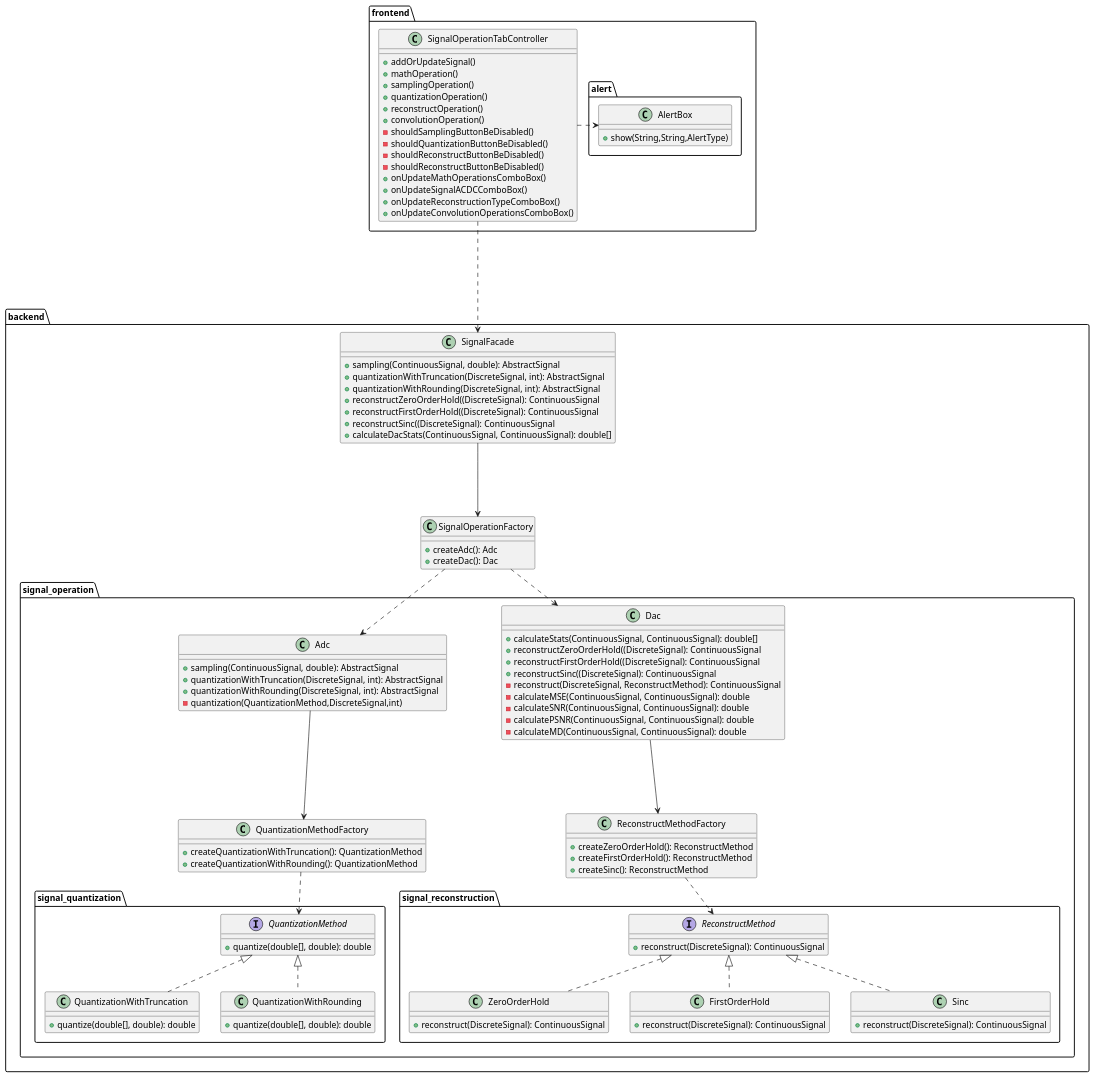
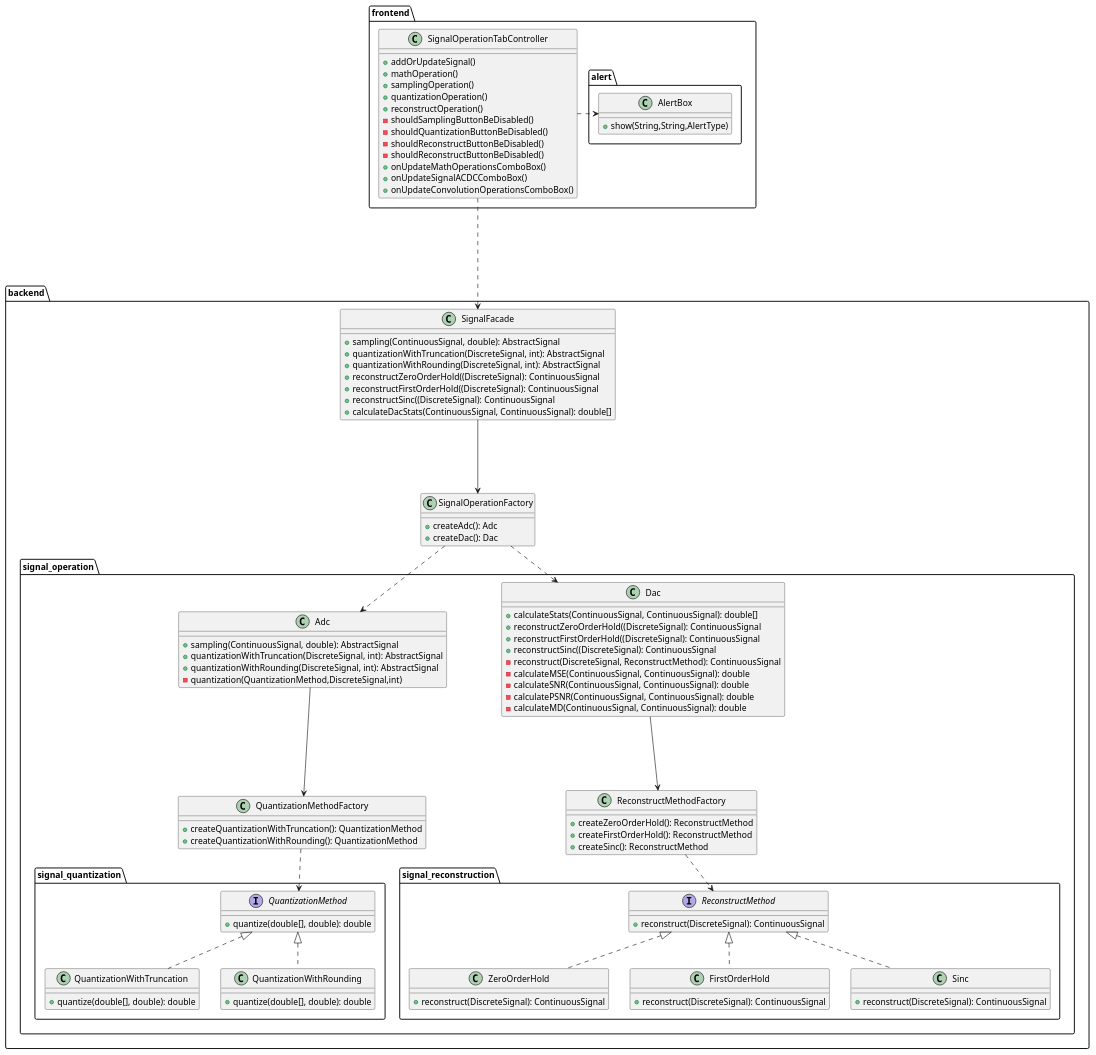
The second of 3 diagrams in README.md (RadekBucki/DigitalSignalProcessing), drawn with PlantUML before and after one commit. The commit also changed other lines of this file, not shown here.

First line of the commit message:
task3 uml frontend

```diff
--- a/README.md
+++ b/README.md
@@ -363,14 +363,12 @@
         + samplingOperation()
         + quantizationOperation()
         + reconstructOperation()
-        + convolutionOperation()
         - shouldSamplingButtonBeDisabled()
         - shouldQuantizationButtonBeDisabled()
         - shouldReconstructButtonBeDisabled()
         - shouldReconstructButtonBeDisabled()
         + onUpdateMathOperationsComboBox()
         + onUpdateSignalACDCComboBox()
-        + onUpdateReconstructionTypeComboBox()
         + onUpdateConvolutionOperationsComboBox()
     }
     package alert {
```
